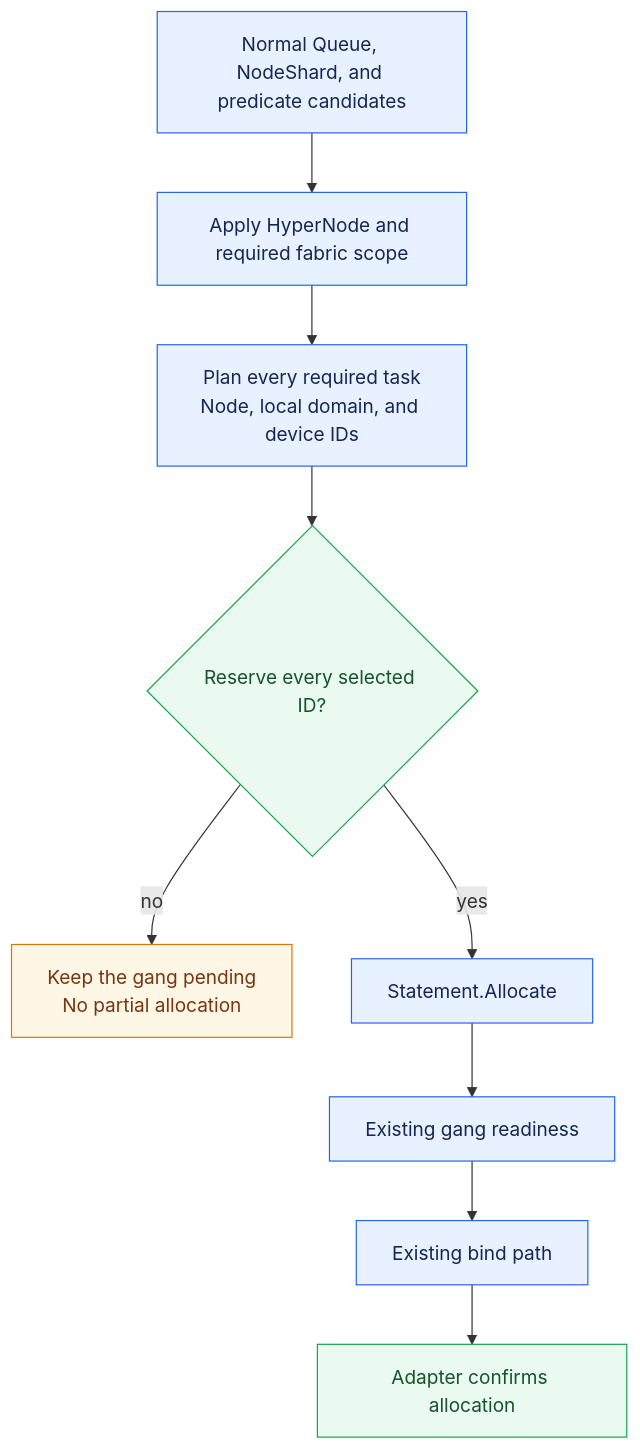
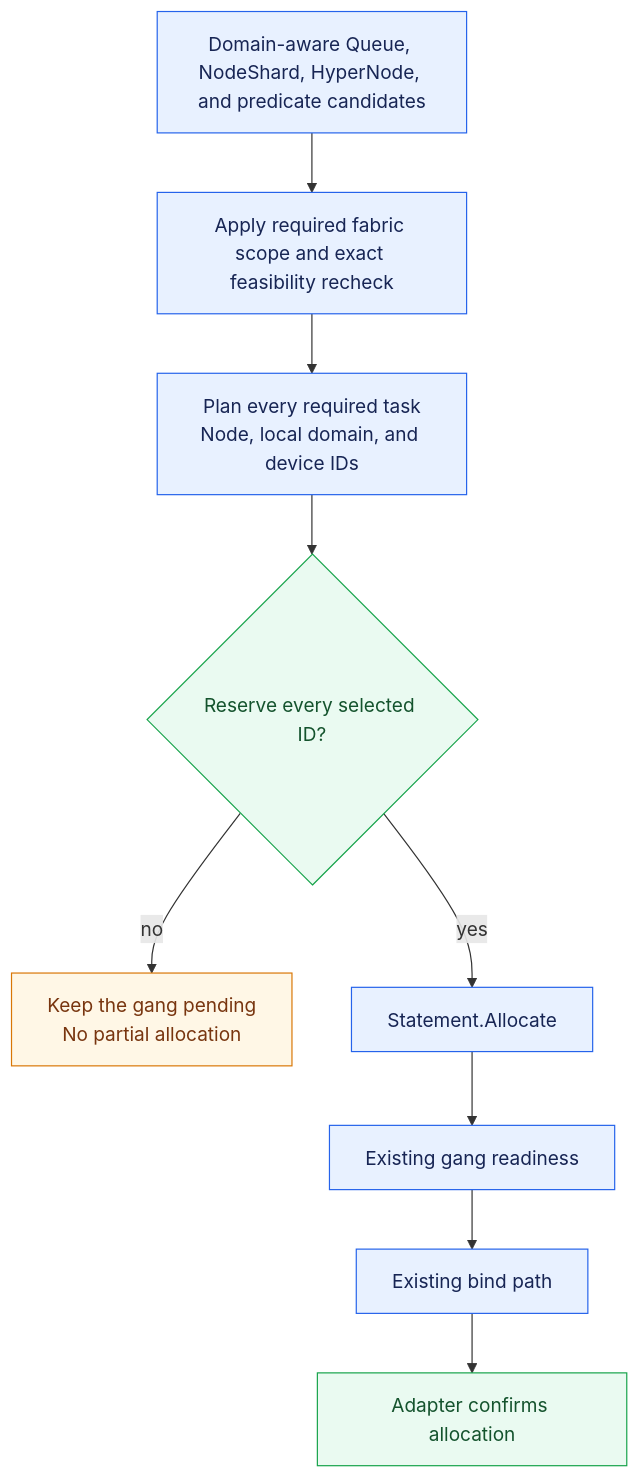
Before and after one commit to miantalha45/volcano: the sixth of 7 diagrams in docs/design/generic-xpu-topology-aware-scheduling.md, drawn with Mermaid. The commit also changed other lines of this file, not shown here.

Commit message:
docs(xpu): prepare device-domain feasibility before node selection

````diff
--- a/docs/design/generic-xpu-topology-aware-scheduling.md
+++ b/docs/design/generic-xpu-topology-aware-scheduling.md
@@ -618,18 +622,18 @@
 ```mermaid
 flowchart TD
-    Candidates[Normal Queue, NodeShard, and predicate candidates] --> Scope[Apply HyperNode and required fabric scope]
+    Candidates[Domain-aware Queue, NodeShard, HyperNode, and predicate candidates] --> Scope[Apply required fabric scope and exact feasibility recheck]
     Scope --> Plan["Plan every required task<br/>Node, local domain, and device IDs"]
     Plan --> Reserve{Reserve every selected ID?}
     Reserve -->|no| Pending["Keep the gang pending<br/>No partial allocation"]
     Reserve -->|yes| Statement[Statement.Allocate]
     Statement --> Ready[Existing gang readiness]
     Ready --> Bind[Existing bind path]
     Bind --> Confirm[Adapter confirms allocation]
 
     classDef normal fill:#e8f1ff,stroke:#2563eb,color:#172554
     classDef safe fill:#eafaf1,stroke:#16a34a,color:#14532d
     classDef wait fill:#fff7e6,stroke:#d97706,color:#78350f
     class Candidates,Scope,Plan,Statement,Ready,Bind normal
     class Reserve,Confirm safe
     class Pending wait
 ```
````
